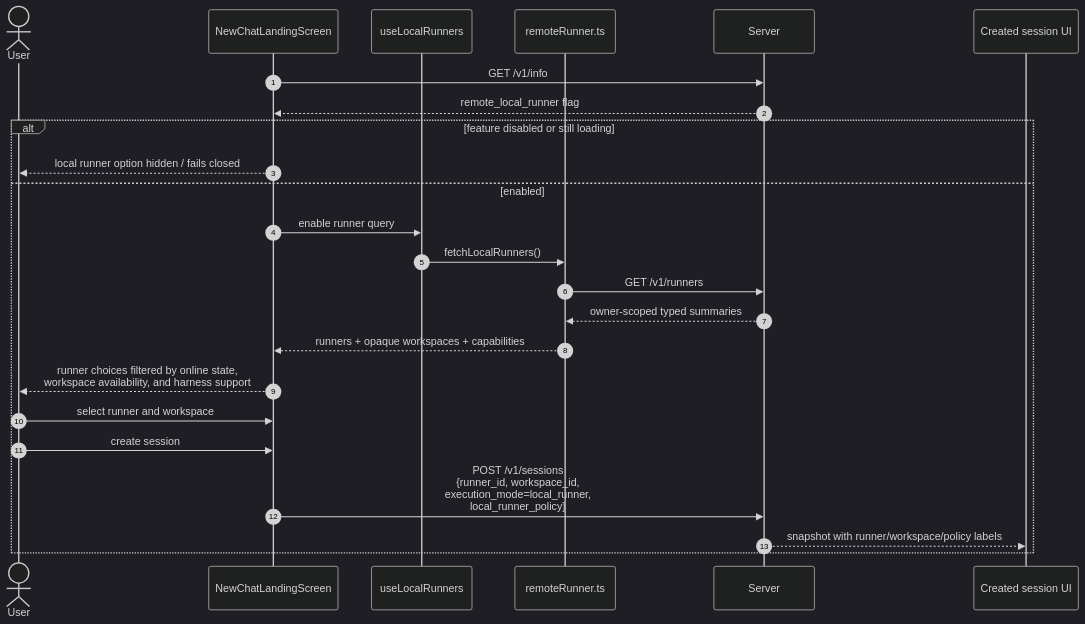
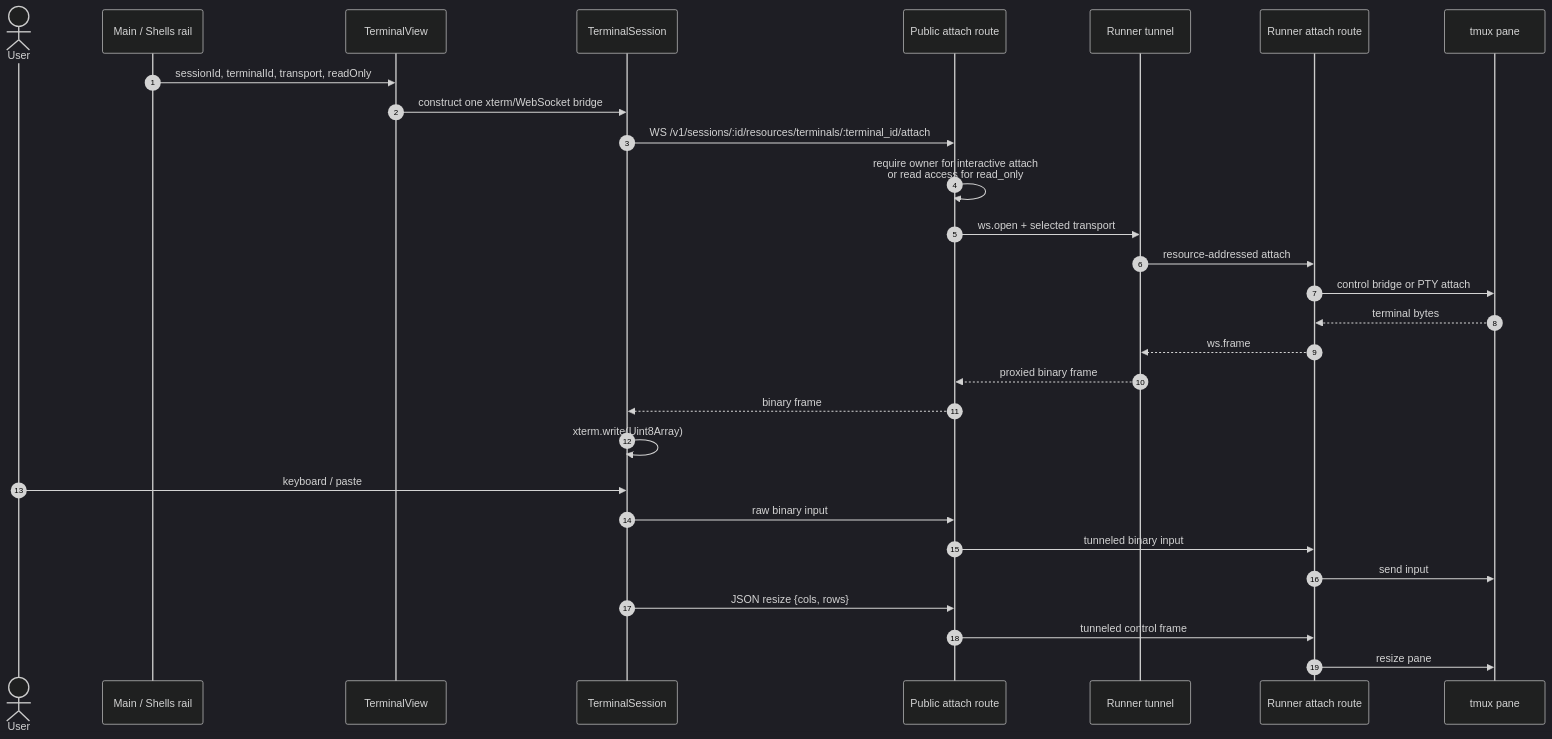
The second of 7 diagrams in docs/mvp-remote-runner-mirroring/08-ui-terminal-runtime-diagrams.md (drunkod/omnigent), drawn with Mermaid (dark theme) before and after one commit. The commit also changed other lines of this file, not shown here.

Commit message:
docs(terminals): document reconnect-safe runtime architecture

````diff
--- a/docs/mvp-remote-runner-mirroring/08-ui-terminal-runtime-diagrams.md
+++ b/docs/mvp-remote-runner-mirroring/08-ui-terminal-runtime-diagrams.md
@@ -79,28 +85,35 @@
 ```mermaid
 sequenceDiagram
     autonumber
     actor User
-    participant Screen as NewChatLandingScreen
-    participant Query as useLocalRunners
-    participant Lib as remoteRunner.ts
-    participant Server
-    participant Session as Created session UI
+    participant Surface as Main / Shells rail
+    participant View as TerminalView
+    participant Bridge as TerminalSession
+    participant Server as Public attach route
+    participant Tunnel as Runner tunnel
+    participant Runner as Runner attach route
+    participant Tmux as tmux pane
 
-    Screen->>Server: GET /v1/info
-    Server-->>Screen: remote_local_runner flag
+    Surface->>View: sessionId, terminalId, transport, readOnly
+    View->>Bridge: construct one xterm/WebSocket bridge
+    Bridge->>Server: WS /v1/sessions/:id/resources/terminals/:terminal_id/attach
+    Server->>Server: require owner for interactive attach<br/>or read access for read_only
+    Server->>Tunnel: ws.open + selected transport
+    Tunnel->>Runner: resource-addressed attach
+    Runner->>Tmux: control bridge or PTY attach
 
-    alt feature disabled or still loading
-        Screen-->>User: local runner option hidden / fails closed
-    else enabled
-        Screen->>Query: enable runner query
-        Query->>Lib: fetchLocalRunners()
-        Lib->>Server: GET /v1/runners
-        Server-->>Lib: owner-scoped typed summaries
-        Lib-->>Screen: runners + opaque workspaces + capabilities
-        Screen-->>User: runner choices filtered by online state,<br/>workspace availability, and harness support
-        User->>Screen: select runner and workspace
-        User->>Screen: create session
-        Screen->>Server: POST /v1/sessions<br/>{runner_id, workspace_id,<br/>execution_mode=local_runner,<br/>local_runner_policy}
-        Server-->>Session: snapshot with runner/workspace/policy labels
-    end
+    Tmux-->>Runner: terminal bytes
+    Runner-->>Tunnel: ws.frame
+    Tunnel-->>Server: proxied binary frame
+    Server-->>Bridge: binary frame
+    Bridge->>Bridge: xterm.write(Uint8Array)
+
+    User->>Bridge: keyboard / paste
+    Bridge->>Server: raw binary input
+    Server->>Runner: tunneled binary input
+    Runner->>Tmux: send input
+
+    Bridge->>Server: JSON resize {cols, rows}
+    Server->>Runner: tunneled control frame
+    Runner->>Tmux: resize pane
 ```
````
